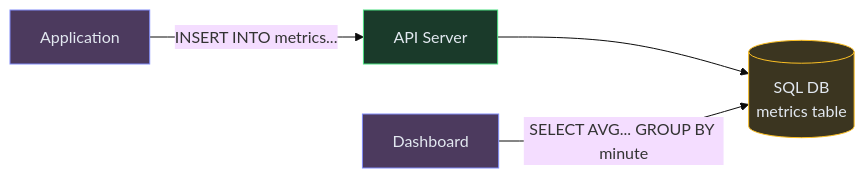
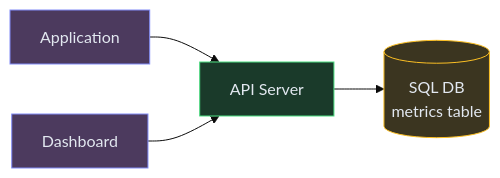
One commit to iluzn/HLD-Designs changed the first of 4 diagrams in content/hld/MetricsMonitoring.md. Above: the diagram before and after it, drawn with Mermaid (base theme). The commit also changed other lines of this file and 8 other files, not shown here.

````diff
--- a/content/hld/MetricsMonitoring.md
+++ b/content/hld/MetricsMonitoring.md
@@ -25,15 +23,15 @@
 ```mermaid
 flowchart LR
     APP["Application"]:::client
     API["API Server"]:::service
     DB[("SQL DB<br/>metrics table")]:::data
     DASH["Dashboard"]:::client
 
-    APP -->|"INSERT INTO metrics..."| API
+    APP --> API
     API --> DB
-    DASH -->|"SELECT AVG... GROUP BY minute"| DB
+    DASH --> API
 
     classDef client fill:#4c3a5e,stroke:#818cf8,color:#e2e8f0
     classDef service fill:#1a3a2a,stroke:#4ade80,color:#e2e8f0
     classDef data fill:#3b3520,stroke:#fbbf24,color:#e2e8f0
 ```
````
